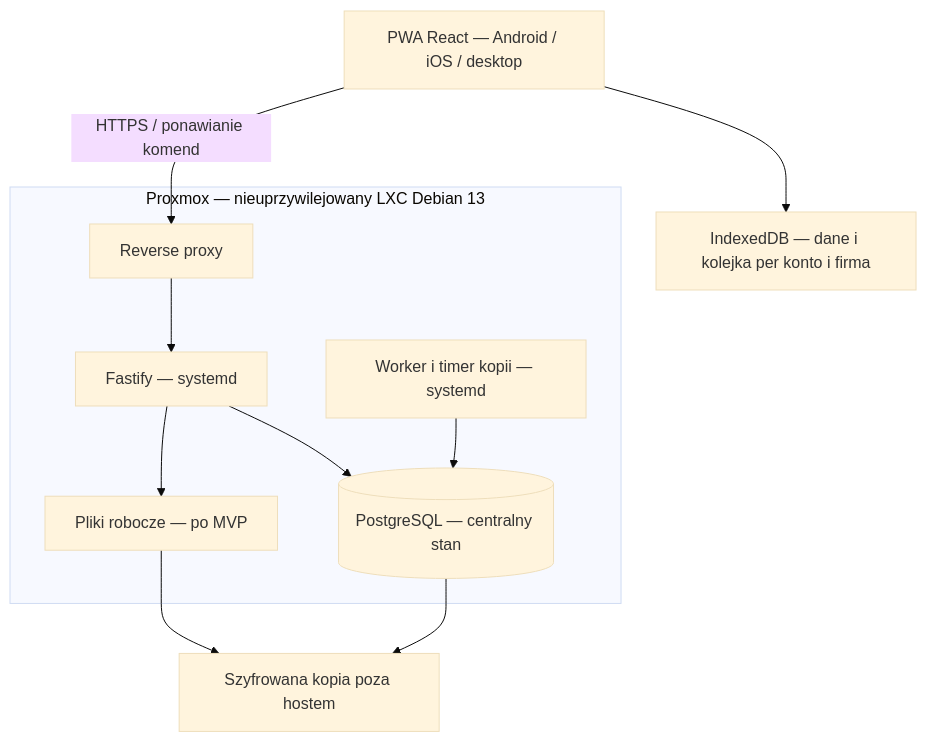
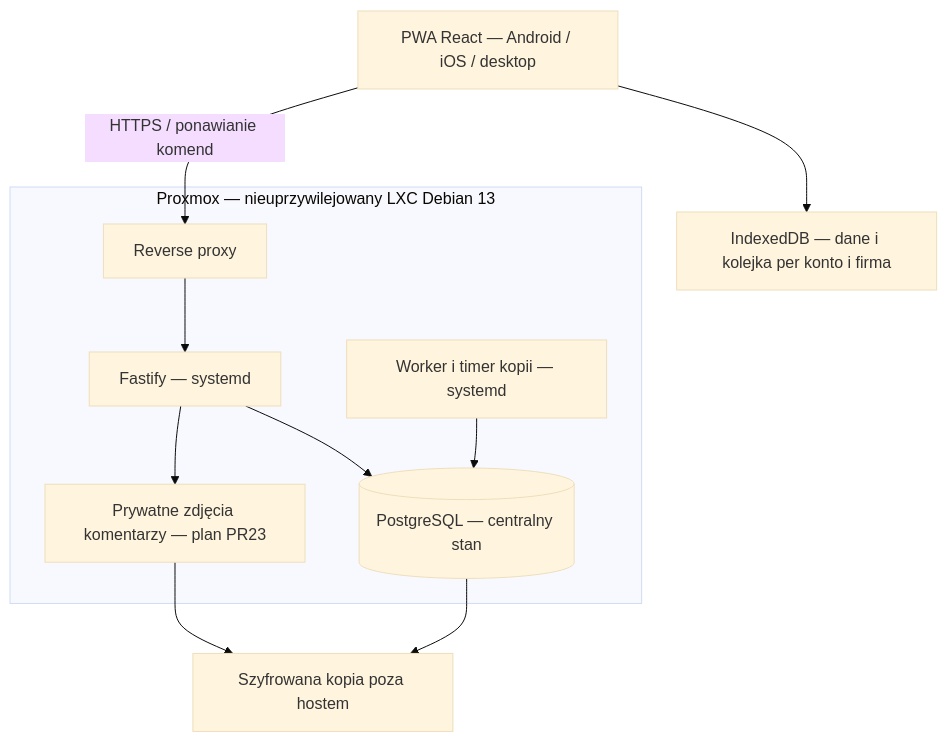
Before and after one commit to llit47/sitegrid: the diagram in docs/audit/ARCHITECTURE.md, drawn with Mermaid (base theme). The commit also changed other lines of this file and 2 other files, not shown here.

````diff
--- a/docs/audit/ARCHITECTURE.md
+++ b/docs/audit/ARCHITECTURE.md
@@ -37,13 +37,13 @@
 ```mermaid
 flowchart TD
     U[PWA React — Android / iOS / desktop] --> L[IndexedDB — dane i kolejka per konto i firma]
     U -->|HTTPS / ponawianie komend| R[Reverse proxy]
     subgraph C[Proxmox — nieuprzywilejowany LXC Debian 13]
       R --> A[Fastify — systemd]
       A --> D[(PostgreSQL — centralny stan)]
       W[Worker i timer kopii — systemd] --> D
-      A --> F[Pliki robocze — po MVP]
+      A --> F[Prywatne zdjęcia komentarzy — plan PR23]
     end
     D --> B[Szyfrowana kopia poza hostem]
     F --> B
 ```
````
